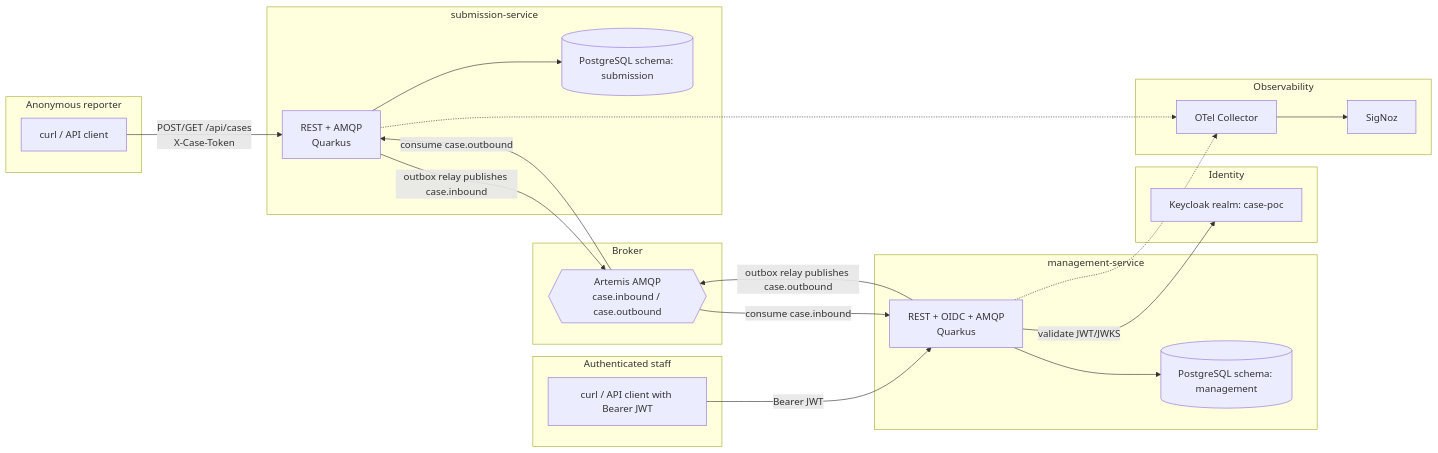
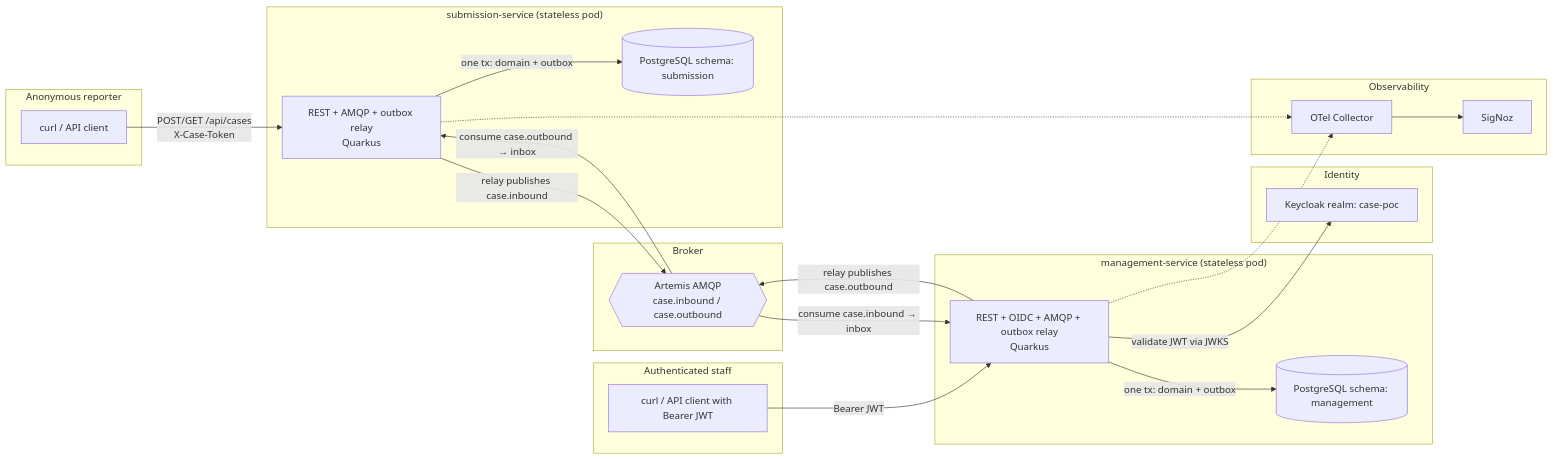
One commit to viktormandlbauer/bachelor-thesis-artefact changed the diagram in application-architecture/phase-2-plan.md. Above: the diagram before and after it, drawn with Mermaid. The commit also changed other lines of this file and 55 other files, not shown here.

First line of the commit message:
Phase 2: PostgreSQL persistence, transactional outbox/inbox, Keycloak OIDC

````diff
--- a/application-architecture/phase-2-plan.md
+++ b/application-architecture/phase-2-plan.md
@@ -62,49 +65,49 @@
 ```mermaid
 flowchart LR
     subgraph Reporter["Anonymous reporter"]
         R["curl / API client"]
     end
 
     subgraph Staff["Authenticated staff"]
         S["curl / API client with Bearer JWT"]
     end
 
-    subgraph Submission["submission-service"]
-        SS["REST + AMQP<br/>Quarkus"]
+    subgraph Submission["submission-service (stateless pod)"]
+        SS["REST + AMQP + outbox relay<br/>Quarkus"]
         SDB[("PostgreSQL schema: submission")]
     end
 
-    subgraph Management["management-service"]
-        MS["REST + OIDC + AMQP<br/>Quarkus"]
+    subgraph Management["management-service (stateless pod)"]
+        MS["REST + OIDC + AMQP + outbox relay<br/>Quarkus"]
         MDB[("PostgreSQL schema: management")]
     end
 
     subgraph Broker["Broker"]
         MQ{{"Artemis AMQP<br/>case.inbound / case.outbound"}}
     end
 
     subgraph Auth["Identity"]
         KC["Keycloak realm: case-poc"]
     end
 
     subgraph Obs["Observability"]
         OTEL["OTel Collector"]
         SIGNOZ["SigNoz"]
     end
 
     R -->|"POST/GET /api/cases<br/>X-Case-Token"| SS
     S -->|"Bearer JWT"| MS
-    MS -->|"validate JWT/JWKS"| KC
+    MS -->|"validate JWT via JWKS"| KC
 
-    SS --> SDB
-    MS --> MDB
+    SS -->|"one tx: domain + outbox"| SDB
+    MS -->|"one tx: domain + outbox"| MDB
 
-    SS -->|"outbox relay publishes case.inbound"| MQ
-    MQ -->|"consume case.inbound"| MS
-    MS -->|"outbox relay publishes case.outbound"| MQ
-    MQ -->|"consume case.outbound"| SS
+    SS -->|"relay publishes case.inbound"| MQ
+    MQ -->|"consume case.inbound → inbox"| MS
+    MS -->|"relay publishes case.outbound"| MQ
+    MQ -->|"consume case.outbound → inbox"| SS
 
     SS -.-> OTEL
     MS -.-> OTEL
     OTEL --> SIGNOZ
 ```
````
